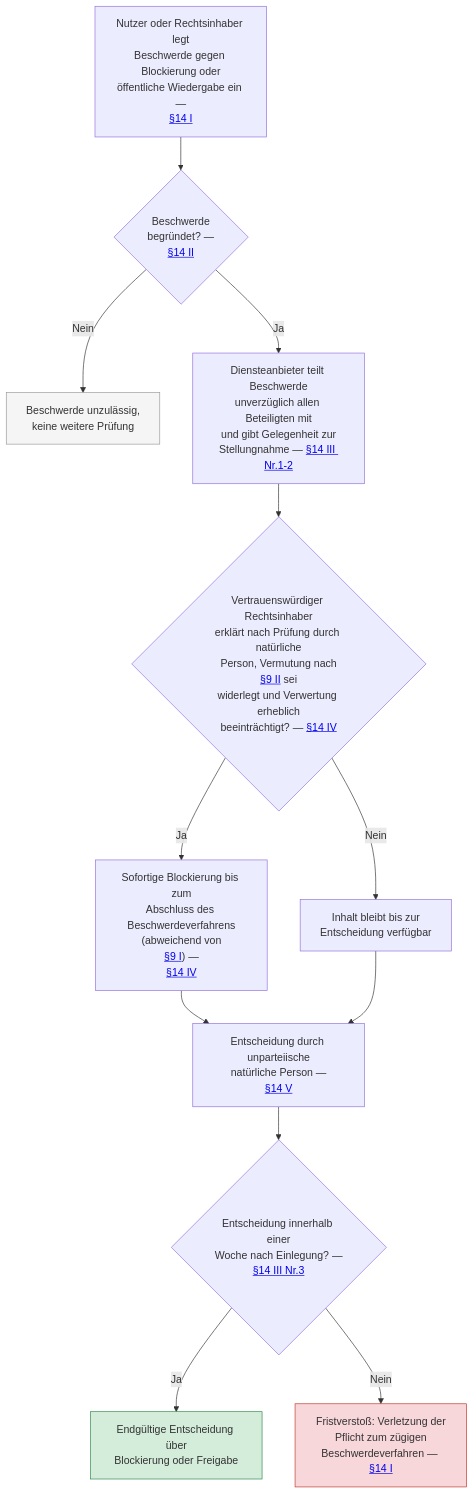
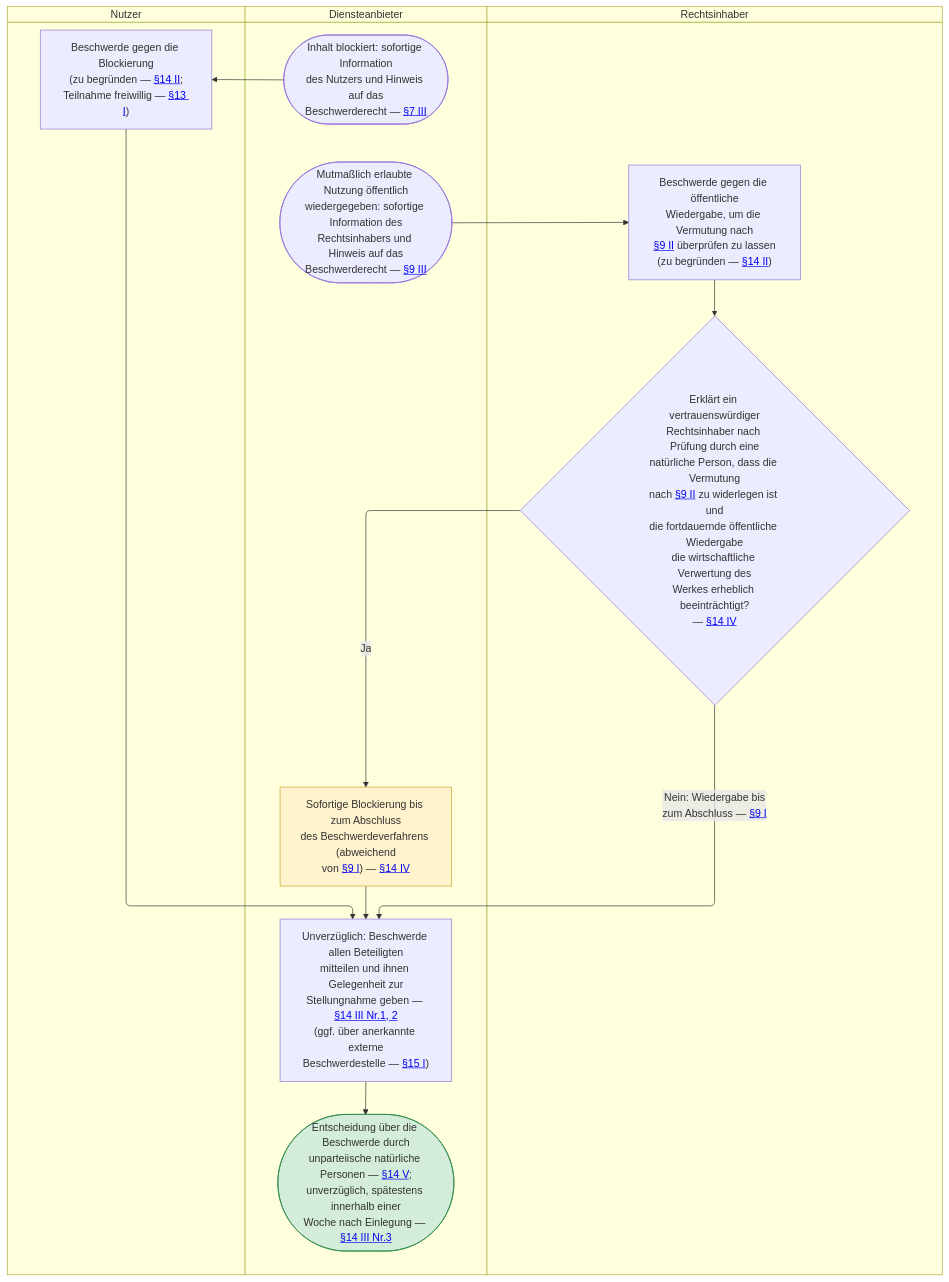
One commit to digitalservicebund/zfl-website changed the diagram in src/content/ki-visualisierungen/UrhDaG/beschwerdeverfahren.mmd. Above: the diagram before and after it, drawn with Mermaid. The commit also changed 48 other files, not shown here.

```diff
--- a/src/content/ki-visualisierungen/UrhDaG/beschwerdeverfahren.mmd
+++ b/src/content/ki-visualisierungen/UrhDaG/beschwerdeverfahren.mmd
@@ -1,25 +1,32 @@
 ---
-summary: "Beschreibt den Ablauf des internen Beschwerdeverfahrens gegen Blockierung oder öffentliche Wiedergabe, einschließlich der Ausnahme für vertrauenswürdige Rechtsinhaber und der Wochenfrist zur Entscheidung."
+summary: "Zeigt das interne Beschwerdeverfahren nach §14 UrhDaG mit Nutzer, Diensteanbieter und Rechtsinhaber: Beschwerde gegen Blockierung oder öffentliche Wiedergabe, sofortige Blockierung auf Erklärung eines vertrauenswürdigen Rechtsinhabers und Entscheidung binnen einer Woche."
 ---
-flowchart TD
-    A["Nutzer oder Rechtsinhaber legt<br/>Beschwerde gegen Blockierung oder<br/>öffentliche Wiedergabe ein —<br/><a href='{{ELI}}#art-z14_abs-z1' target='_blank' rel='noopener'>§14 I</a>"] --> B{"Beschwerde<br/>begründet? —<br/><a href='{{ELI}}#art-z14_abs-z2' target='_blank' rel='noopener'>§14 II</a>"}
+swimlane-beta TD
+    subgraph NU["Nutzer"]
+        beschwerdeNutzer["Beschwerde gegen die Blockierung<br/>(zu begründen — <a href='{{ELI}}#art-z14_abs-z2' target='_blank' rel='noopener'>§14 II</a>;<br/>Teilnahme freiwillig — <a href='{{ELI}}#art-z13_abs-z1' target='_blank' rel='noopener'>§13 I</a>)"]
+    end
 
-    B -->|Nein| Z1["Beschwerde unzulässig,<br/>keine weitere Prüfung"]
-    B -->|Ja| C["Diensteanbieter teilt Beschwerde<br/>unverzüglich allen Beteiligten mit<br/>und gibt Gelegenheit zur<br/>Stellungnahme — <a href='{{ELI}}#art-z14_abs-z3' target='_blank' rel='noopener'>§14 III Nr.1-2</a>"]
+    subgraph DA["Diensteanbieter"]
+        blockiert(["Inhalt blockiert: sofortige Information<br/>des Nutzers und Hinweis auf das<br/>Beschwerderecht — <a href='{{ELI}}#art-z7_abs-z3' target='_blank' rel='noopener'>§7 III</a>"])
+        wiedergabe(["Mutmaßlich erlaubte Nutzung öffentlich<br/>wiedergegeben: sofortige Information des<br/>Rechtsinhabers und Hinweis auf das<br/>Beschwerderecht — <a href='{{ELI}}#art-z9_abs-z3' target='_blank' rel='noopener'>§9 III</a>"])
+        sofort["Sofortige Blockierung bis zum Abschluss<br/>des Beschwerdeverfahrens (abweichend<br/>von <a href='{{ELI}}#art-z9_abs-z1' target='_blank' rel='noopener'>§9 I</a>) — <a href='{{ELI}}#art-z14_abs-z4' target='_blank' rel='noopener'>§14 IV</a>"]
+        mitteilung["Unverzüglich: Beschwerde allen Beteiligten<br/>mitteilen und ihnen Gelegenheit zur<br/>Stellungnahme geben — <a href='{{ELI}}#art-z14_abs-z3' target='_blank' rel='noopener'>§14 III Nr.1, 2</a><br/>(ggf. über anerkannte externe<br/>Beschwerdestelle — <a href='{{ELI}}#art-z15_abs-z1' target='_blank' rel='noopener'>§15 I</a>)"]
+        entscheidung(["Entscheidung über die Beschwerde durch<br/>unparteiische natürliche Personen — <a href='{{ELI}}#art-z14_abs-z5' target='_blank' rel='noopener'>§14 V</a>;<br/>unverzüglich, spätestens innerhalb einer<br/>Woche nach Einlegung — <a href='{{ELI}}#art-z14_abs-z3' target='_blank' rel='noopener'>§14 III Nr.3</a>"])
+    end
 
-    C --> D{"Vertrauenswürdiger Rechtsinhaber<br/>erklärt nach Prüfung durch natürliche<br/>Person, Vermutung nach<br/><a href='{{ELI}}#art-z9_abs-z2' target='_blank' rel='noopener'>§9 II</a> sei<br/>widerlegt und Verwertung erheblich<br/>beeinträchtigt? — <a href='{{ELI}}#art-z14_abs-z4' target='_blank' rel='noopener'>§14 IV</a>"}
+    subgraph RI["Rechtsinhaber"]
+        beschwerdeRI["Beschwerde gegen die öffentliche<br/>Wiedergabe, um die Vermutung nach<br/><a href='{{ELI}}#art-z9_abs-z2' target='_blank' rel='noopener'>§9 II</a> überprüfen zu lassen<br/>(zu begründen — <a href='{{ELI}}#art-z14_abs-z2' target='_blank' rel='noopener'>§14 II</a>)"]
+        vertrauen{"Erklärt ein vertrauenswürdiger<br/>Rechtsinhaber nach Prüfung durch eine<br/>natürliche Person, dass die Vermutung<br/>nach <a href='{{ELI}}#art-z9_abs-z2' target='_blank' rel='noopener'>§9 II</a> zu widerlegen ist und<br/>die fortdauernde öffentliche Wiedergabe<br/>die wirtschaftliche Verwertung des<br/>Werkes erheblich beeinträchtigt?<br/>— <a href='{{ELI}}#art-z14_abs-z4' target='_blank' rel='noopener'>§14 IV</a>"}
+    end
 
-    D -->|Ja| E["Sofortige Blockierung bis zum<br/>Abschluss des Beschwerdeverfahrens<br/>(abweichend von<br/><a href='{{ELI}}#art-z9_abs-z1' target='_blank' rel='noopener'>§9 I</a>) —<br/><a href='{{ELI}}#art-z14_abs-z4' target='_blank' rel='noopener'>§14 IV</a>"]
-    D -->|Nein| F["Inhalt bleibt bis zur<br/>Entscheidung verfügbar"]
+    blockiert --> beschwerdeNutzer
+    beschwerdeNutzer --> mitteilung
+    wiedergabe --> beschwerdeRI
+    beschwerdeRI --> vertrauen
+    vertrauen -->|Ja| sofort
+    vertrauen -->|"Nein: Wiedergabe bis<br/>zum Abschluss — <a href='{{ELI}}#art-z9_abs-z1' target='_blank' rel='noopener'>§9 I</a>"| mitteilung
+    sofort --> mitteilung
+    mitteilung --> entscheidung
 
-    E --> G["Entscheidung durch unparteiische<br/>natürliche Person —<br/><a href='{{ELI}}#art-z14_abs-z5' target='_blank' rel='noopener'>§14 V</a>"]
-    F --> G
-
-    G --> H{"Entscheidung innerhalb einer<br/>Woche nach Einlegung? —<br/><a href='{{ELI}}#art-z14_abs-z3' target='_blank' rel='noopener'>§14 III Nr.3</a>"}
-
-    H -->|Ja| Z2["Endgültige Entscheidung über<br/>Blockierung oder Freigabe"]
-    H -->|Nein| Z3["Fristverstoß: Verletzung der<br/>Pflicht zum zügigen<br/>Beschwerdeverfahren — <a href='{{ELI}}#art-z14_abs-z1' target='_blank' rel='noopener'>§14 I</a>"]
-
-    style Z1 fill:#f5f5f5,stroke:#999
-    style Z2 fill:#d4edda,stroke:#2d8a4a
-    style Z3 fill:#f8d7da,stroke:#c0392b
+    style sofort fill:#fff3cd,stroke:#c9a227
+    style entscheidung fill:#d4edda,stroke:#2d8a4a
```
